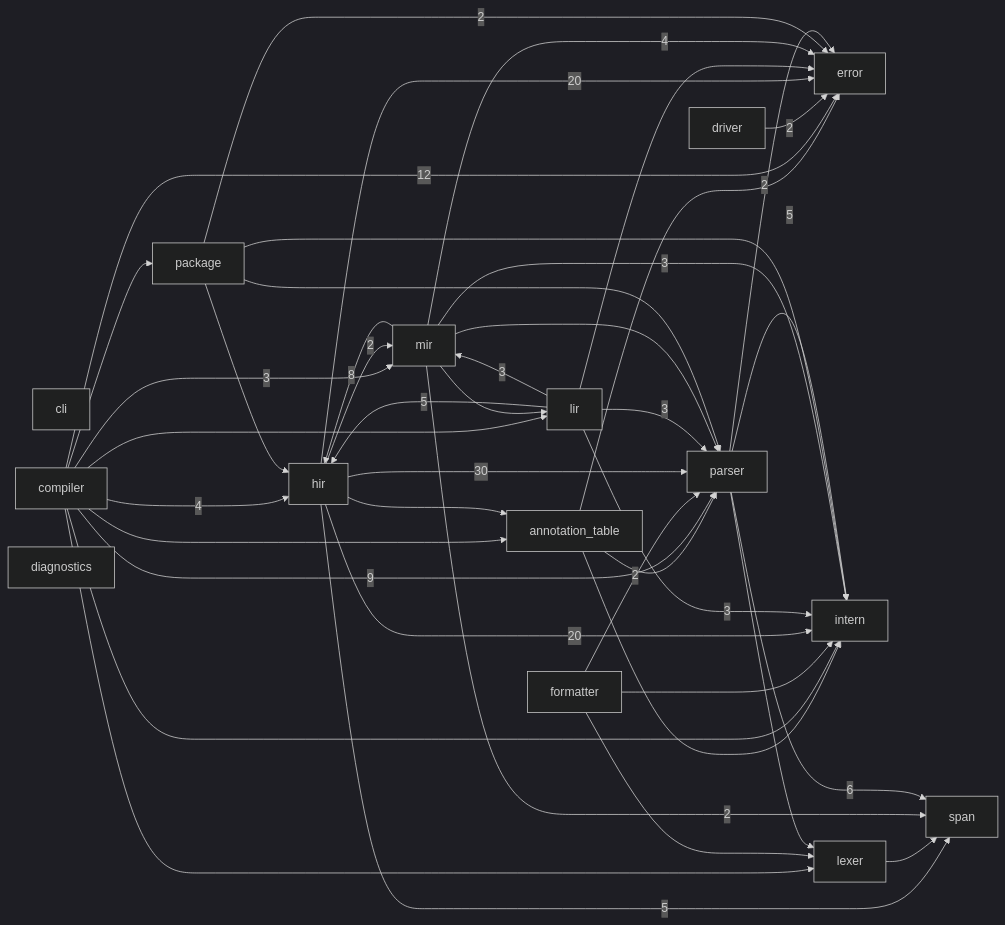
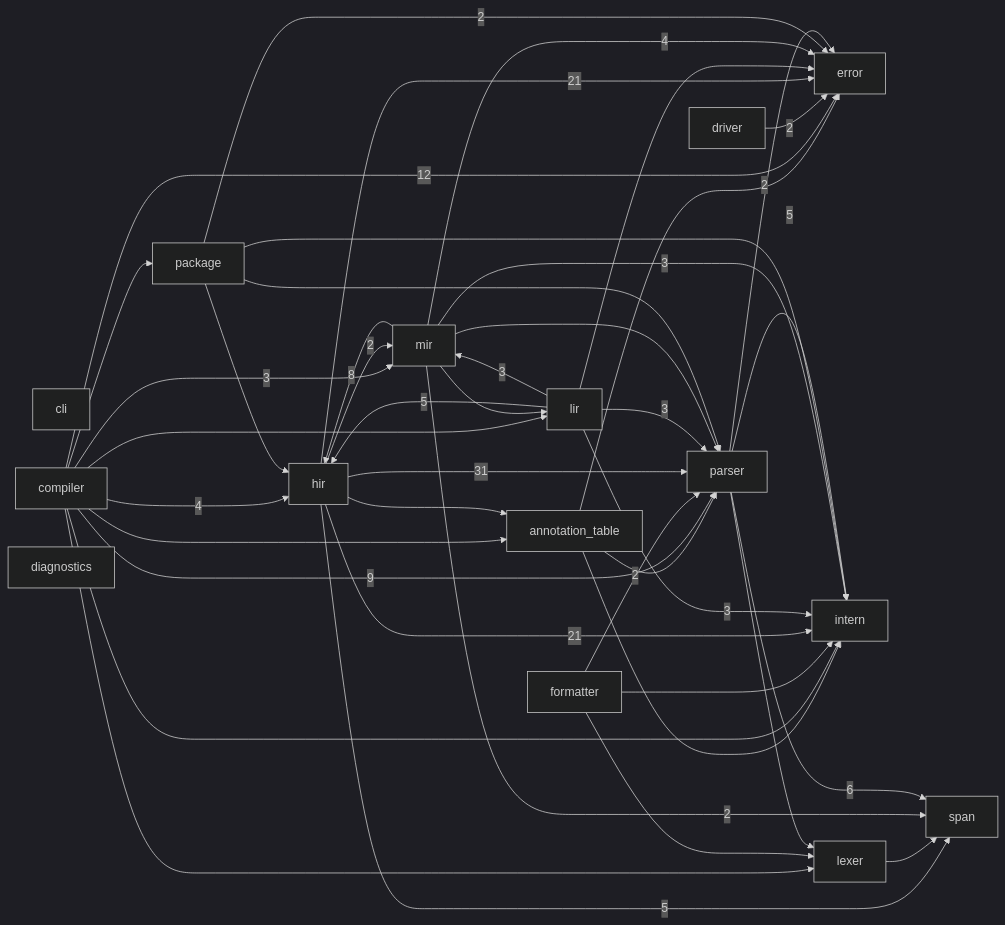
The diagram in docs/module-graph.md (ayanami1ei/Ayanami-language), drawn with Mermaid (dark theme) before and after one commit. The commit also changed other lines of this file and 10 other files, not shown here.

````diff
--- a/docs/module-graph.md
+++ b/docs/module-graph.md
@@ -6,60 +6,60 @@
 ```mermaid
 graph LR
     annotation_table
     cli
     compiler
     diagnostics
     driver
     error
     formatter
     hir
     intern
     lexer
     lir
     mir
     package
     parser
     span
     annotation_table --> error
     annotation_table --> intern
     annotation_table --> parser
     compiler --> annotation_table
     compiler -->|12| error
     compiler -->|4| hir
     compiler --> intern
     compiler --> lexer
     compiler --> lir
     compiler -->|3| mir
     compiler --> package
     compiler -->|9| parser
     driver -->|2| error
     formatter --> intern
     formatter --> lexer
     formatter -->|2| parser
     hir --> annotation_table
-    hir -->|20| error
-    hir -->|20| intern
+    hir -->|21| error
+    hir -->|21| intern
     hir -->|2| mir
-    hir -->|30| parser
+    hir -->|31| parser
     hir -->|5| span
     lexer --> span
     lir --> error
     lir -->|5| hir
     lir -->|3| intern
     lir -->|3| mir
     lir -->|3| parser
     mir -->|4| error
     mir -->|8| hir
     mir -->|3| intern
     mir --> lir
     mir --> parser
     mir -->|2| span
     package -->|2| error
     package --> hir
     package --> intern
     package --> parser
     parser -->|2| error
     parser -->|5| intern
     parser --> lexer
     parser -->|6| span
 ```
````
